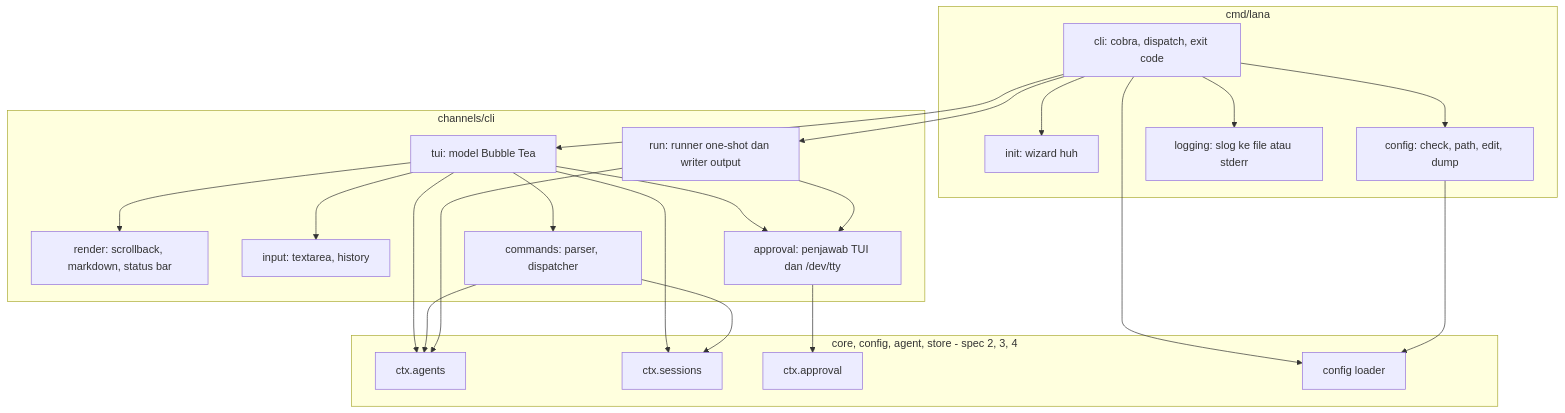
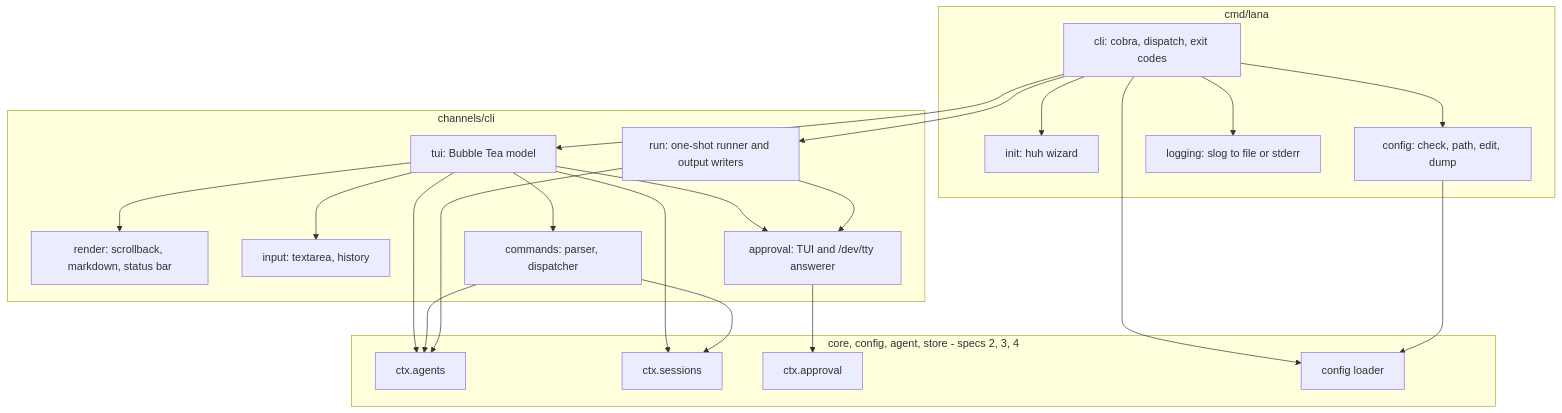
The first of 4 diagrams in docs/specs/1-cli-tui/design.md (ridhomujizat/lana-harness), drawn with Mermaid before and after one commit. The commit also changed other lines of this file and 172 other files, not shown here.

````diff
--- a/docs/specs/1-cli-tui/design.md
+++ b/docs/specs/1-cli-tui/design.md
@@ -57,44 +57,44 @@
 ```mermaid
 flowchart TD
   subgraph Bin["cmd/lana"]
-    Cli["cli: cobra, dispatch, exit code"]
-    Init["init: wizard huh"]
+    Cli["cli: cobra, dispatch, exit codes"]
+    Init["init: huh wizard"]
     Conf["config: check, path, edit, dump"]
-    Log["logging: slog ke file atau stderr"]
+    Log["logging: slog to file or stderr"]
   end
 
   subgraph Chan["channels/cli"]
-    Tui["tui: model Bubble Tea"]
+    Tui["tui: Bubble Tea model"]
     Render["render: scrollback, markdown, status bar"]
     Input["input: textarea, history"]
     Cmd["commands: parser, dispatcher"]
-    Ans["approval: penjawab TUI dan /dev/tty"]
-    Run["run: runner one-shot dan writer output"]
+    Ans["approval: TUI and /dev/tty answerer"]
+    Run["run: one-shot runner and output writers"]
   end
 
-  subgraph Core["core, config, agent, store - spec 2, 3, 4"]
+  subgraph Core["core, config, agent, store - specs 2, 3, 4"]
     Agents["ctx.agents"]
     Sessions["ctx.sessions"]
     Appr["ctx.approval"]
     Loader["config loader"]
   end
 
   Cli --> Init
   Cli --> Conf
   Cli --> Log
   Cli --> Loader
   Cli --> Tui
   Cli --> Run
   Tui --> Render
   Tui --> Input
   Tui --> Cmd
   Tui --> Ans
   Run --> Ans
   Tui --> Agents
   Tui --> Sessions
   Cmd --> Agents
   Cmd --> Sessions
   Ans --> Appr
   Run --> Agents
   Conf --> Loader
 ```
````
